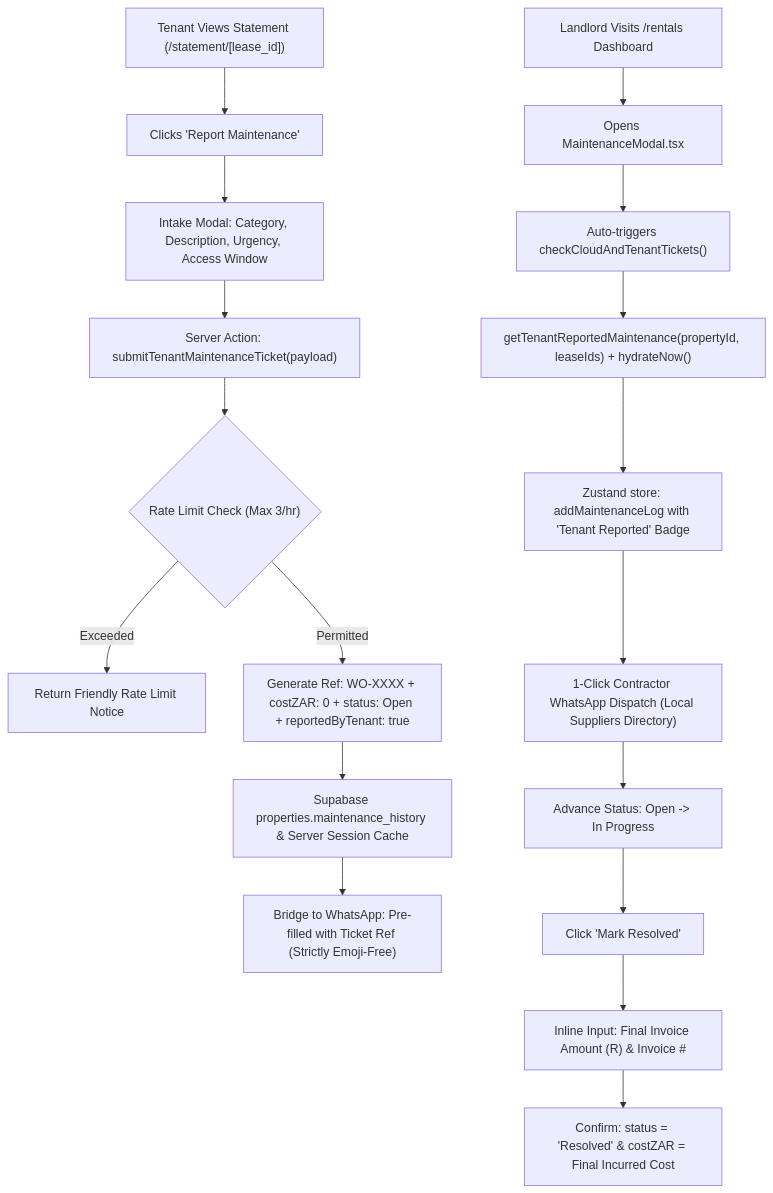
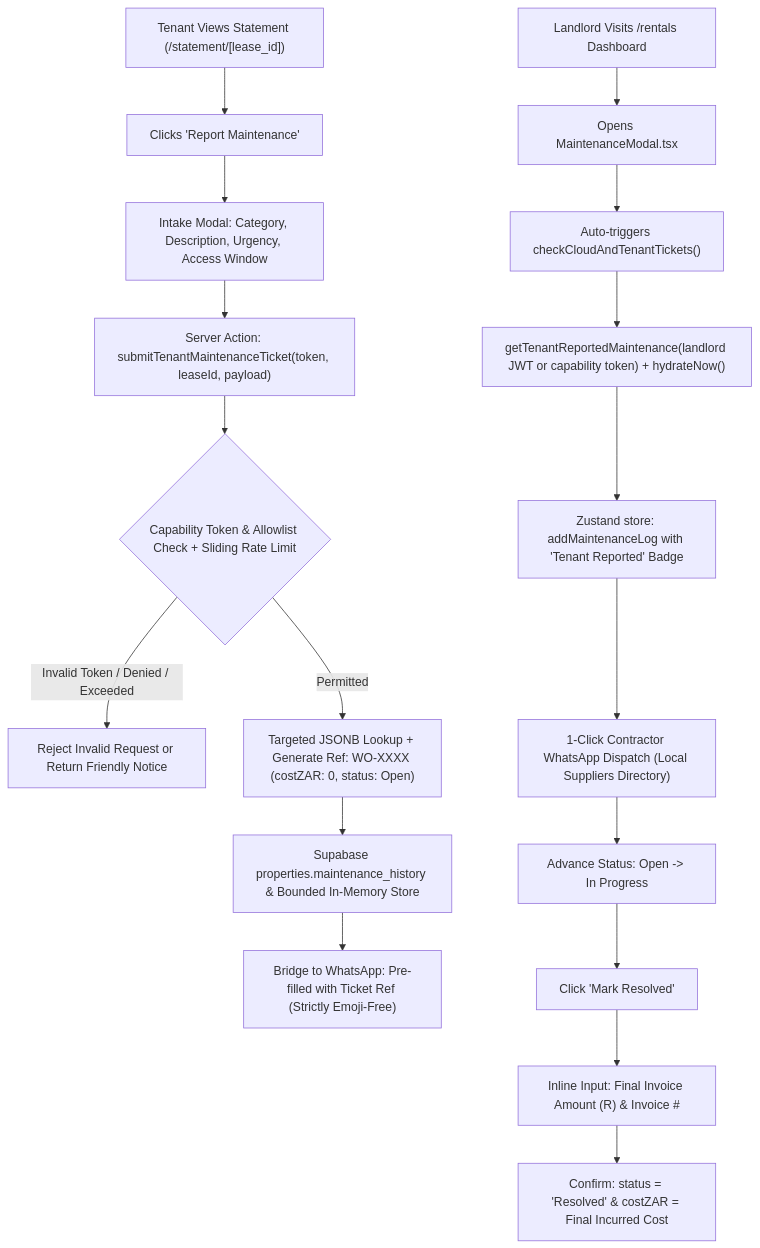
One commit to morokakk/sa-property-hub changed the eighth of 8 diagrams in ARCHITECTURE.md. Above: the diagram before and after it, drawn with Mermaid. The commit also changed other lines of this file and 1 other file, not shown here.

Commit message:
docs: sync ARCHITECTURE.md and README.md with v2 audit fixes

````diff
--- a/ARCHITECTURE.md
+++ b/ARCHITECTURE.md
@@ -467,22 +469,22 @@
 ```mermaid
 flowchart TD
   T_VIEW["Tenant Views Statement (/statement/[lease_id])"] --> T_BTN["Clicks 'Report Maintenance'"]
   T_BTN --> T_MODAL["Intake Modal: Category, Description, Urgency, Access Window"]
-  T_MODAL --> SA_ACTION["Server Action: submitTenantMaintenanceTicket(payload)"]
-  SA_ACTION --> RATE_LIMIT{"Rate Limit Check (Max 3/hr)"}
-  RATE_LIMIT -->|"Exceeded"| RATE_ERR["Return Friendly Rate Limit Notice"]
-  RATE_LIMIT -->|"Permitted"| WO_GEN["Generate Ref: WO-XXXX + costZAR: 0 + status: Open + reportedByTenant: true"]
-  WO_GEN --> DB_WRITE["Supabase properties.maintenance_history & Server Session Cache"]
+  T_MODAL --> SA_ACTION["Server Action: submitTenantMaintenanceTicket(token, leaseId, payload)"]
+  SA_ACTION --> TOKEN_CHECK{"Capability Token & Allowlist Check + Sliding Rate Limit"}
+  TOKEN_CHECK -->|"Invalid Token / Denied / Exceeded"| RATE_ERR["Reject Invalid Request or Return Friendly Notice"]
+  TOKEN_CHECK -->|"Permitted"| WO_GEN["Targeted JSONB Lookup + Generate Ref: WO-XXXX (costZAR: 0, status: Open)"]
+  WO_GEN --> DB_WRITE["Supabase properties.maintenance_history & Bounded In-Memory Store"]
   DB_WRITE --> WA_OUT["Bridge to WhatsApp: Pre-filled with Ticket Ref (Strictly Emoji-Free)"]
 
   LL_DASH["Landlord Visits /rentals Dashboard"] --> LL_MODAL["Opens MaintenanceModal.tsx"]
   LL_MODAL --> AUTO_CHECK["Auto-triggers checkCloudAndTenantTickets()"]
-  AUTO_CHECK --> GET_TICKETS["getTenantReportedMaintenance(propertyId, leaseIds) + hydrateNow()"]
+  AUTO_CHECK --> GET_TICKETS["getTenantReportedMaintenance(landlord JWT or capability token) + hydrateNow()"]
   GET_TICKETS --> MERGE_STORE["Zustand store: addMaintenanceLog with 'Tenant Reported' Badge"]
 
   MERGE_STORE --> DISPATCH["1-Click Contractor WhatsApp Dispatch (Local Suppliers Directory)"]
   DISPATCH --> ADVANCE["Advance Status: Open -> In Progress"]
   ADVANCE --> RESOLVE_CLICK["Click 'Mark Resolved'"]
   RESOLVE_CLICK --> RESOLVE_STRIP["Inline Input: Final Invoice Amount (R) & Invoice #"]
   RESOLVE_STRIP --> CONFIRM["Confirm: status = 'Resolved' & costZAR = Final Incurred Cost"]
 ```
````
